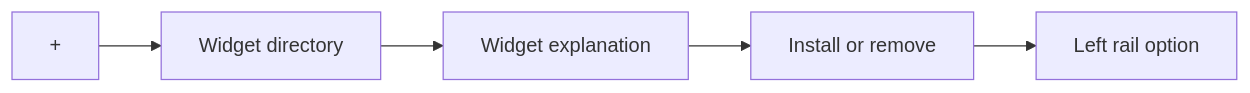
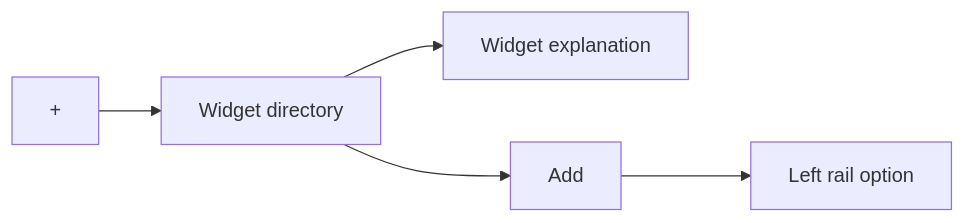
The first of 2 diagrams in docs/specs/page/widgets-page.md (matkleve/feldpost), drawn with Mermaid before and after one commit. The commit also changed other lines of this file and 12 other files, not shown here.

````diff
--- a/docs/specs/page/widgets-page.md
+++ b/docs/specs/page/widgets-page.md
@@ -46,7 +42,7 @@
 ```mermaid
 flowchart LR
   plus["+"] --> directory[Widget directory]
   directory --> page[Widget explanation]
-  page --> install[Install or remove]
+  directory --> install[Add]
   install --> rail[Left rail option]
 ```
````
